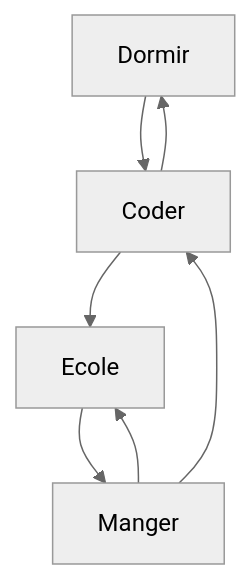
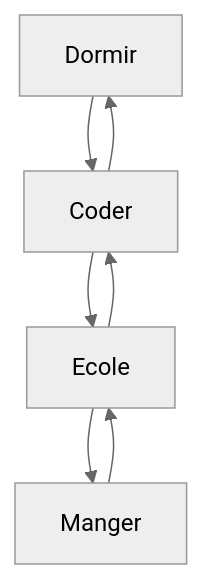
The diagram in README.md (userzfr/userzfr), drawn with Mermaid (neutral theme) before and after one commit.

````diff
--- a/README.md
+++ b/README.md
@@ -14,9 +14,9 @@
 ```mermaid 
     graph TD;
     Dormir-->Coder;
     Coder-->Ecole;
     Ecole-->Manger;
     Manger-->Ecole;
-    Manger-->Coder;
+    Ecole-->Coder;
     Coder-->Dormir;
 ```
````
